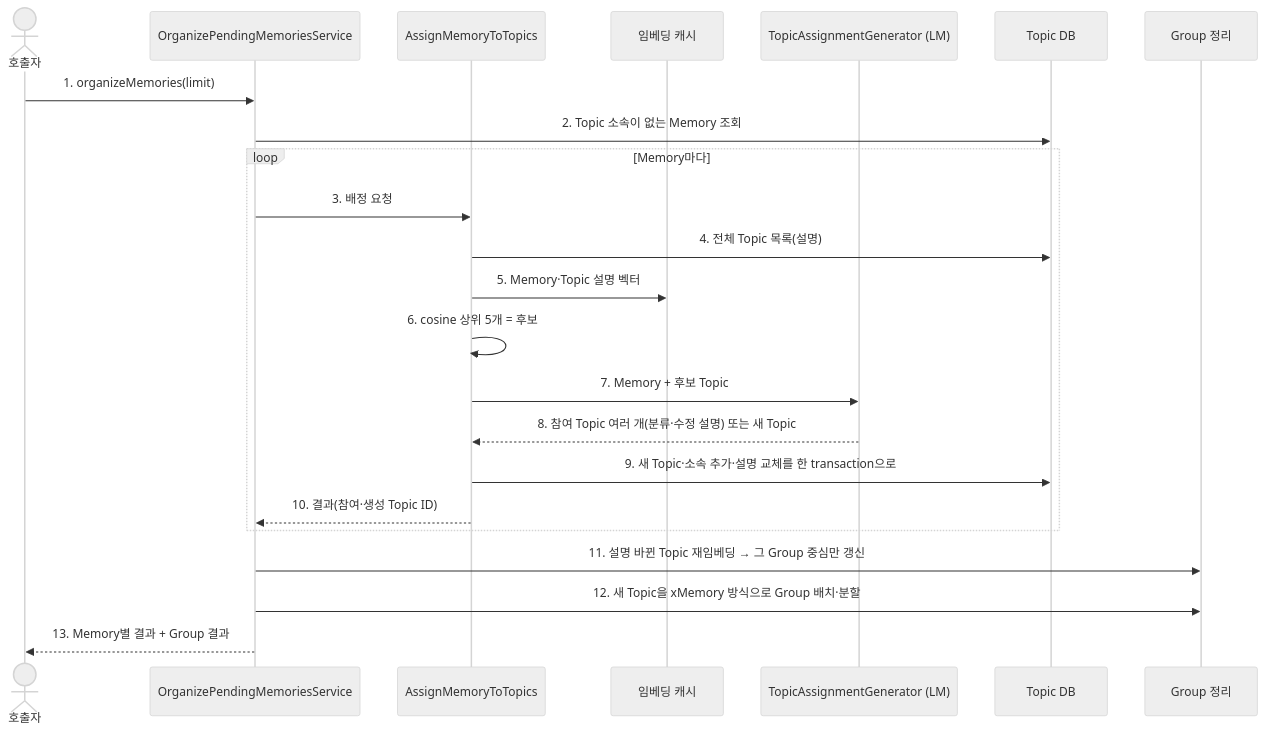
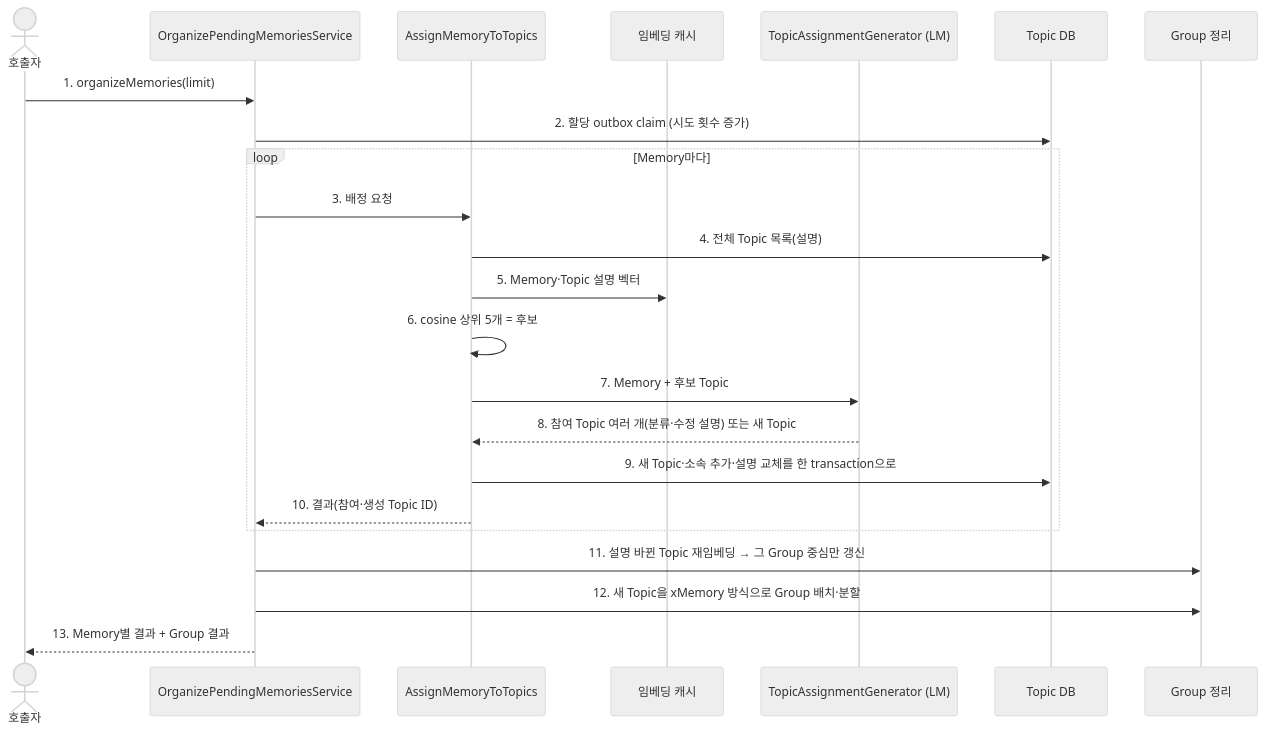
Before and after one commit to magenta1223/home_assistant: the diagram in application/src/main/kotlin/com/homeassistant/application/usecase/topic/README.md, drawn with Mermaid (neutral theme). The commit also changed other lines of this file and 6 other files, not shown here.

First line of the commit message:
docs: record the topic assignment outbox results

````diff
--- a/application/src/main/kotlin/com/homeassistant/application/usecase/topic/README.md
+++ b/application/src/main/kotlin/com/homeassistant/application/usecase/topic/README.md
@@ -13,25 +15,25 @@
 ```mermaid
 sequenceDiagram
     actor Caller as 호출자
     participant Batch as OrganizePendingMemoriesService
     participant Assign as AssignMemoryToTopics
     participant Embed as 임베딩 캐시
     participant Model as TopicAssignmentGenerator (LM)
     participant Store as Topic DB
     participant Groups as Group 정리
     Caller->>Batch: 1. organizeMemories(limit)
-    Batch->>Store: 2. Topic 소속이 없는 Memory 조회
+    Batch->>Store: 2. 할당 outbox claim (시도 횟수 증가)
     loop Memory마다
         Batch->>Assign: 3. 배정 요청
         Assign->>Store: 4. 전체 Topic 목록(설명)
         Assign->>Embed: 5. Memory·Topic 설명 벡터
         Assign->>Assign: 6. cosine 상위 5개 = 후보
         Assign->>Model: 7. Memory + 후보 Topic
         Model-->>Assign: 8. 참여 Topic 여러 개(분류·수정 설명) 또는 새 Topic
         Assign->>Store: 9. 새 Topic·소속 추가·설명 교체를 한 transaction으로
         Assign-->>Batch: 10. 결과(참여·생성 Topic ID)
     end
     Batch->>Groups: 11. 설명 바뀐 Topic 재임베딩 → 그 Group 중심만 갱신
     Batch->>Groups: 12. 새 Topic을 xMemory 방식으로 Group 배치·분할
     Batch-->>Caller: 13. Memory별 결과 + Group 결과
 ```
````
